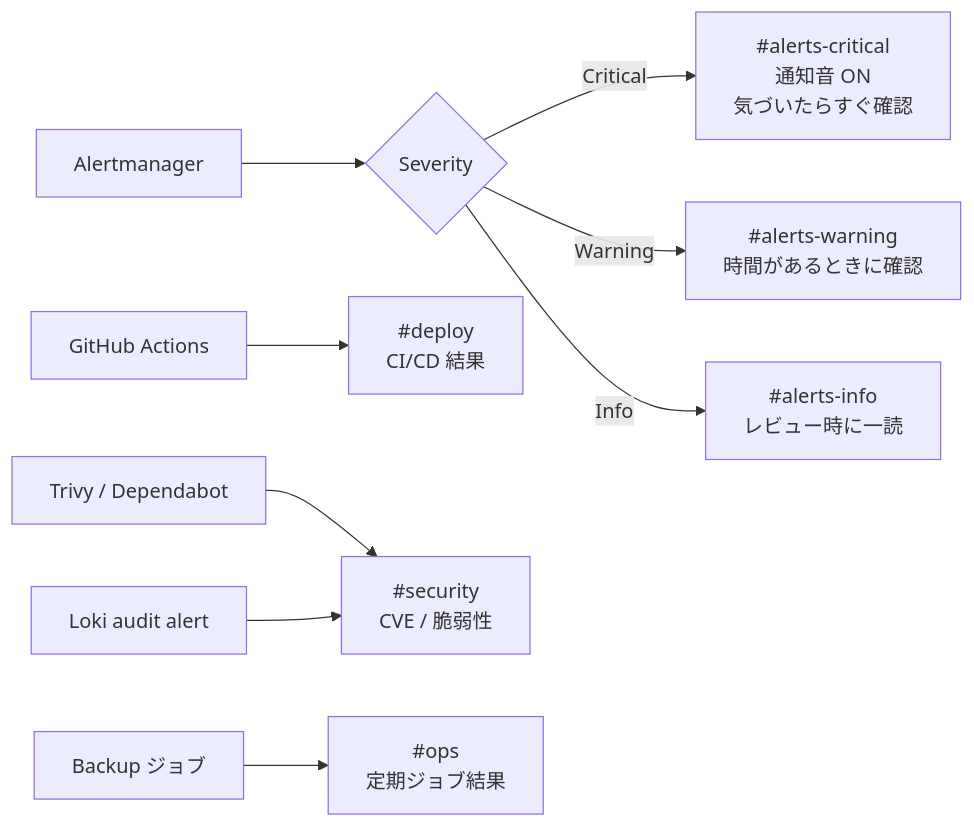
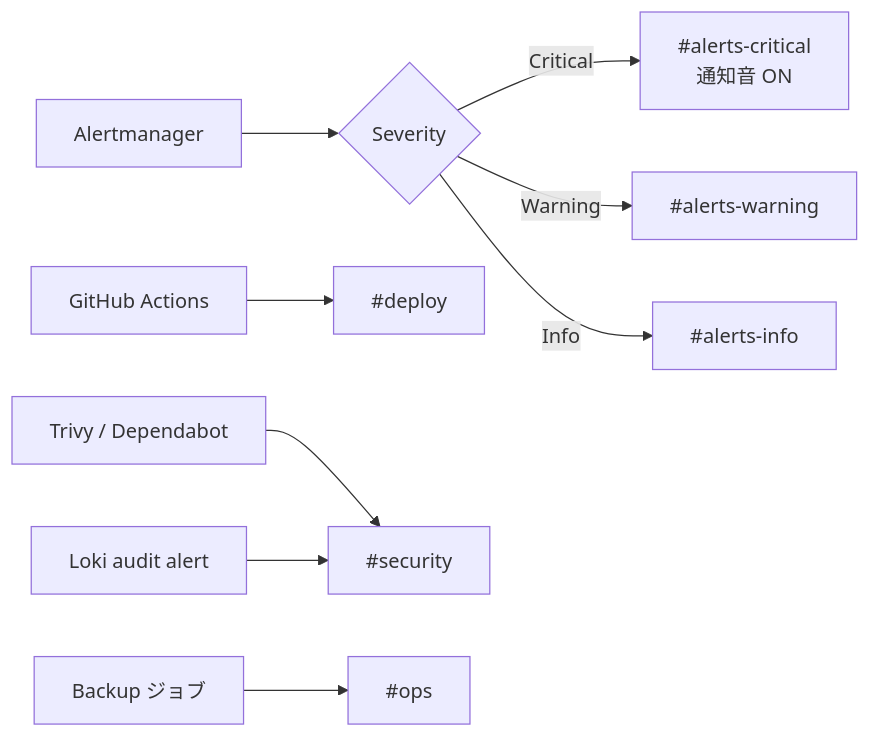
Before and after one commit to ns7jp/ns7jp: the diagram in docs/adr/0007-slack-notifications.md, drawn with Mermaid. The commit also changed other lines of this file and 7 other files, not shown here.

````diff
--- a/docs/adr/0007-slack-notifications.md
+++ b/docs/adr/0007-slack-notifications.md
@@ -61,12 +36,12 @@
 ```mermaid
 flowchart LR
     AM[Alertmanager] --> Severity{Severity}
-    Severity -- Critical --> C[#alerts-critical<br/>通知音 ON<br/>気づいたらすぐ確認]
-    Severity -- Warning --> W[#alerts-warning<br/>時間があるときに確認]
-    Severity -- Info --> I[#alerts-info<br/>レビュー時に一読]
+    Severity -- Critical --> C[#alerts-critical<br/>通知音 ON]
+    Severity -- Warning --> W[#alerts-warning]
+    Severity -- Info --> I[#alerts-info]
 
-    GA[GitHub Actions] --> Deploy[#deploy<br/>CI/CD 結果]
-    Trivy[Trivy / Dependabot] --> Sec[#security<br/>CVE / 脆弱性]
+    GA[GitHub Actions] --> Deploy[#deploy]
+    Trivy[Trivy / Dependabot] --> Sec[#security]
     Audit[Loki audit alert] --> Sec
-    Backup[Backup ジョブ] --> Ops[#ops<br/>定期ジョブ結果]
+    Backup[Backup ジョブ] --> Ops[#ops]
 ```
````
